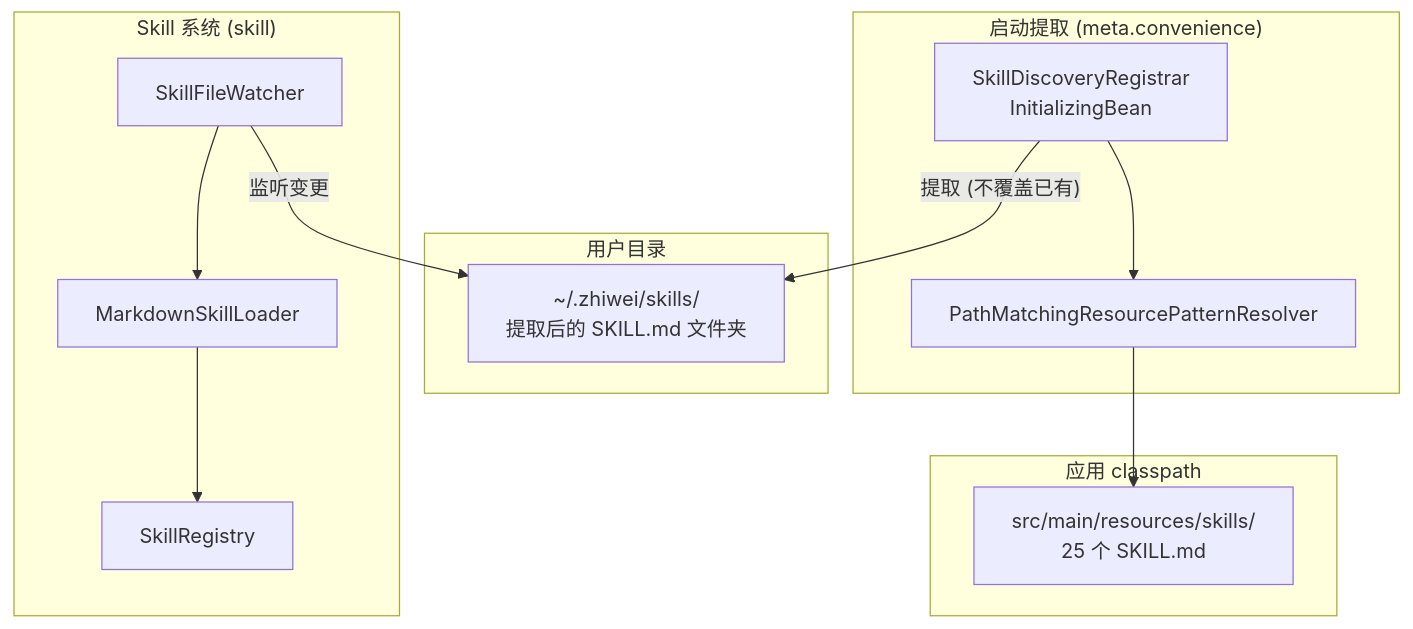
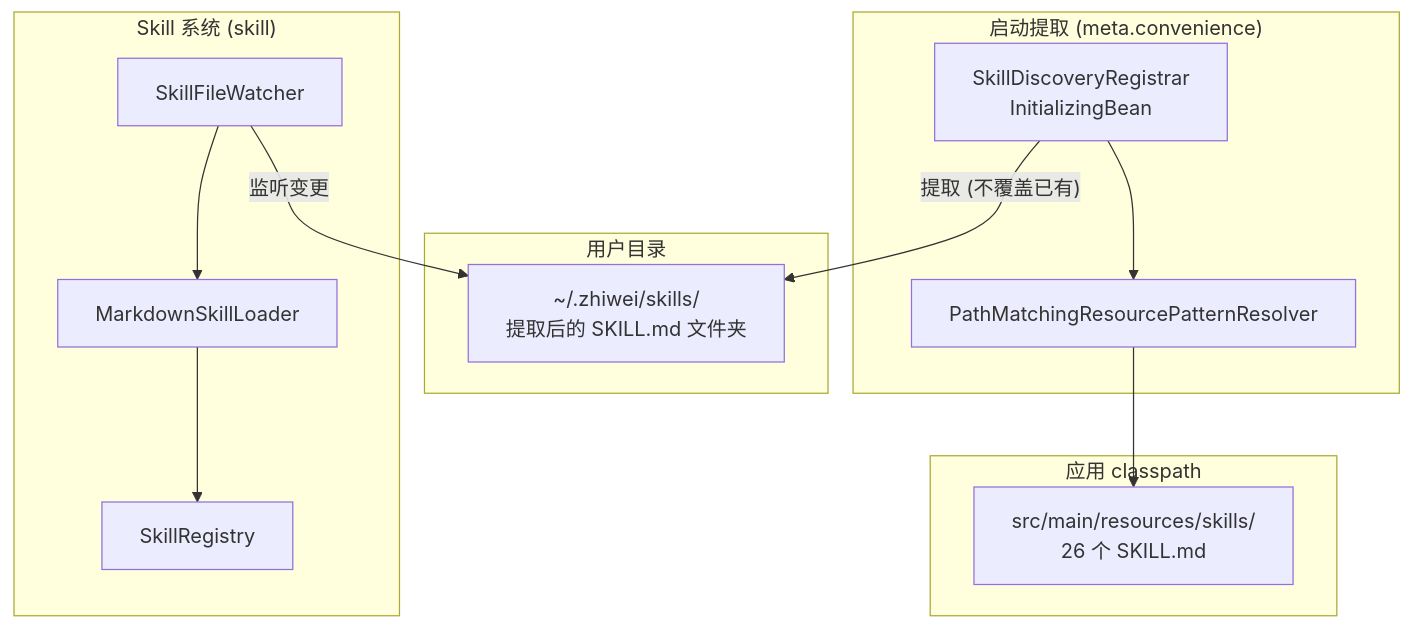
Before and after one commit to ntygod/LifePilot: the first of 2 diagrams in docs/architecture/preset-skills.md, drawn with Mermaid. The commit also changed other lines of this file and 211 other files, not shown here.

````diff
--- a/docs/architecture/preset-skills.md
+++ b/docs/architecture/preset-skills.md
@@ -15,28 +15,28 @@
 ```mermaid
 graph TB
     subgraph "应用 classpath"
-        RES["src/main/resources/skills/<br/>25 个 SKILL.md"]
+        RES["src/main/resources/skills/<br/>26 个 SKILL.md"]
     end
 
     subgraph "启动提取 (meta.convenience)"
         SDR["SkillDiscoveryRegistrar<br/>InitializingBean"]
         PMRPR["PathMatchingResourcePatternResolver"]
         SDR --> PMRPR
         PMRPR --> RES
     end
 
     subgraph "用户目录"
         UD["~/.zhiwei/skills/<br/>提取后的 SKILL.md 文件夹"]
     end
 
     subgraph "Skill 系统 (skill)"
         MSL["MarkdownSkillLoader"]
         SFW["SkillFileWatcher"]
         SR["SkillRegistry"]
         MSL --> SR
         SFW --> MSL
     end
 
     SDR -->|"提取 (不覆盖已有)"| UD
     SFW -->|"监听变更"| UD
 ```
````
